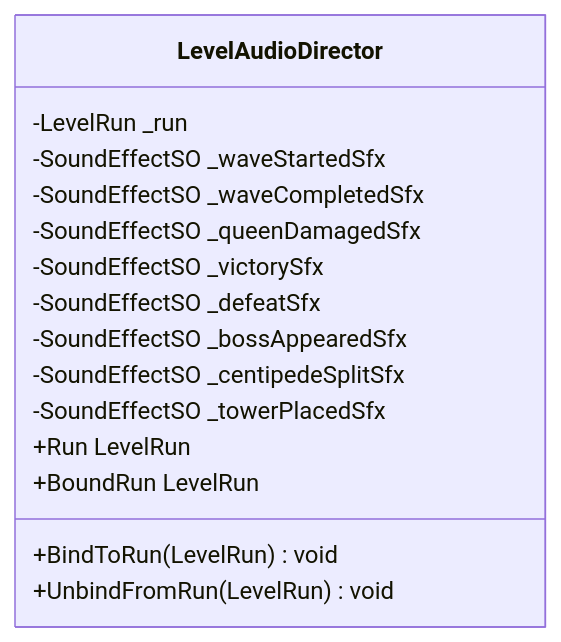
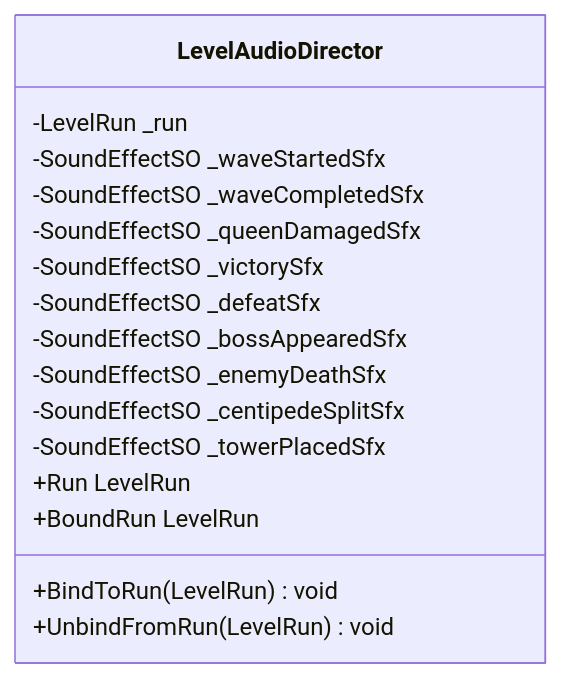
One commit to MetalBear4-2243/HoldtheHill changed the second of 2 diagrams in Documentation/LevelAudioDirector_Documentation.md. Above: the diagram before and after it, drawn with Mermaid. The commit also changed other lines of this file and 10 other files, not shown here.

First line of the commit message:
Add enemy death sound effect via LevelAudioDirector

````diff
--- a/Documentation/LevelAudioDirector_Documentation.md
+++ b/Documentation/LevelAudioDirector_Documentation.md
@@ -77,18 +77,19 @@
 ```mermaid
 classDiagram
     class LevelAudioDirector {
         -LevelRun _run
         -SoundEffectSO _waveStartedSfx
         -SoundEffectSO _waveCompletedSfx
         -SoundEffectSO _queenDamagedSfx
         -SoundEffectSO _victorySfx
         -SoundEffectSO _defeatSfx
         -SoundEffectSO _bossAppearedSfx
+        -SoundEffectSO _enemyDeathSfx
         -SoundEffectSO _centipedeSplitSfx
         -SoundEffectSO _towerPlacedSfx
         +Run LevelRun
         +BoundRun LevelRun
         +BindToRun(LevelRun) void
         +UnbindFromRun(LevelRun) void
     }
 ```
````
